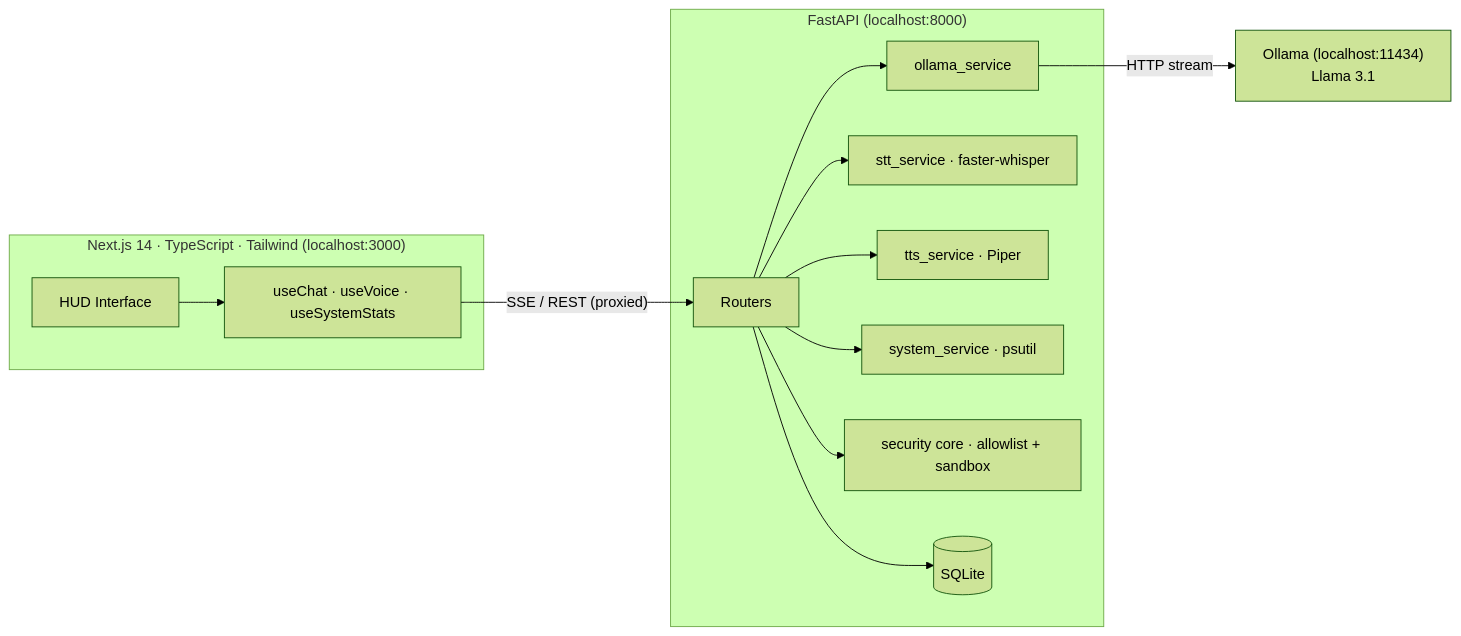
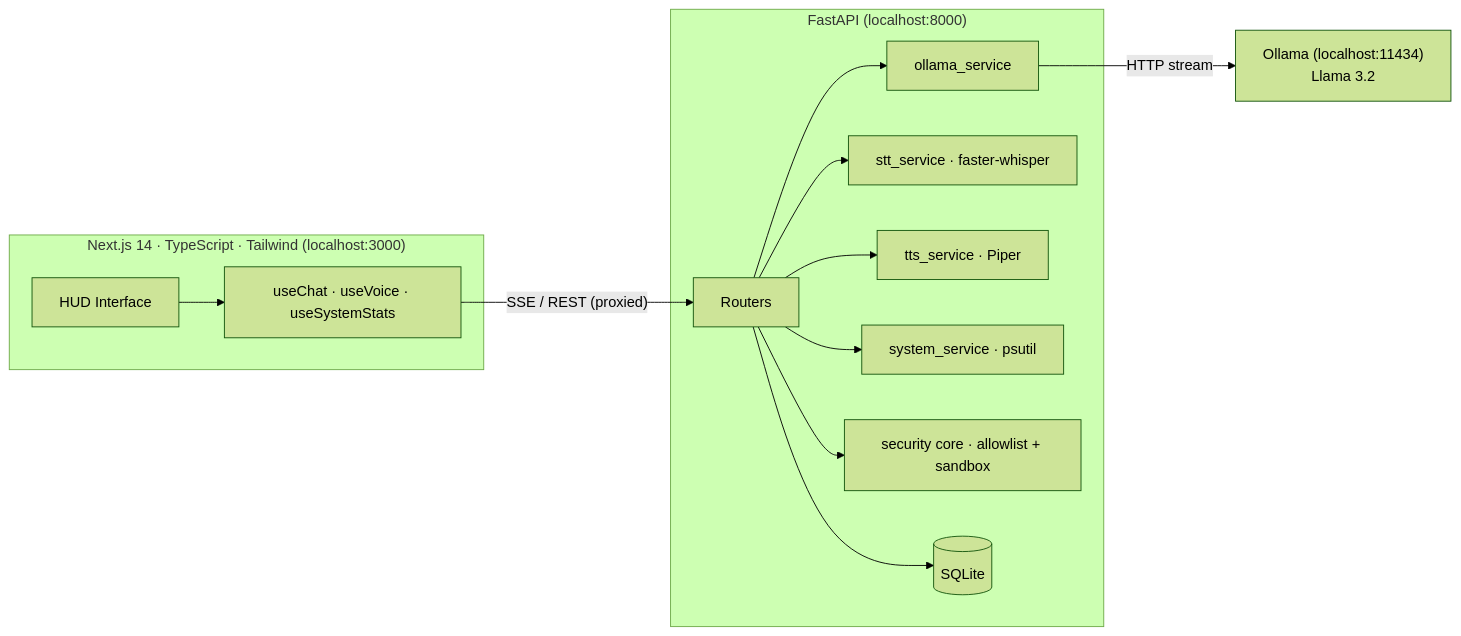
Before and after one commit to amirali-nam/Atlas-Ai: the diagram in README.md, drawn with Mermaid (forest theme). The commit also changed other lines of this file, not shown here.

Commit message:
Update README for llama3.2:3b defaults and new features

````diff
--- a/README.md
+++ b/README.md
@@ -41,18 +42,18 @@
 ```mermaid
 flowchart LR
     subgraph Browser["Next.js 14 · TypeScript · Tailwind (localhost:3000)"]
         UI[HUD Interface] --> Hooks[useChat · useVoice · useSystemStats]
     end
     Hooks -- "SSE / REST (proxied)" --> API
 
     subgraph Backend["FastAPI (localhost:8000)"]
         API[Routers] --> LLM[ollama_service]
         API --> STT[stt_service · faster-whisper]
         API --> TTS[tts_service · Piper]
         API --> SYS[system_service · psutil]
         API --> SEC[security core · allowlist + sandbox]
         API --> DB[(SQLite)]
     end
 
-    LLM -- "HTTP stream" --> Ollama["Ollama (localhost:11434)\nLlama 3.1"]
+    LLM -- "HTTP stream" --> Ollama["Ollama (localhost:11434)\nLlama 3.2"]
 ```
````
